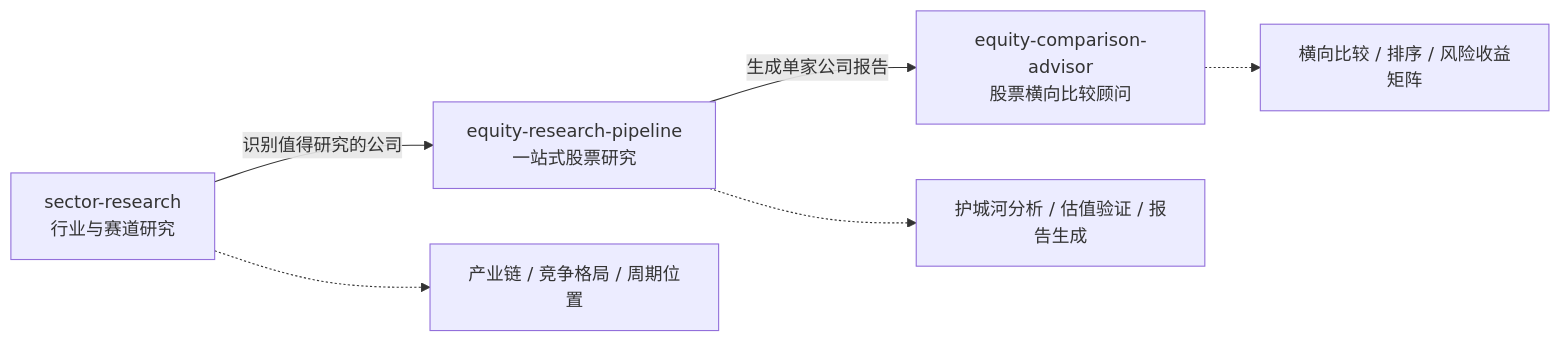
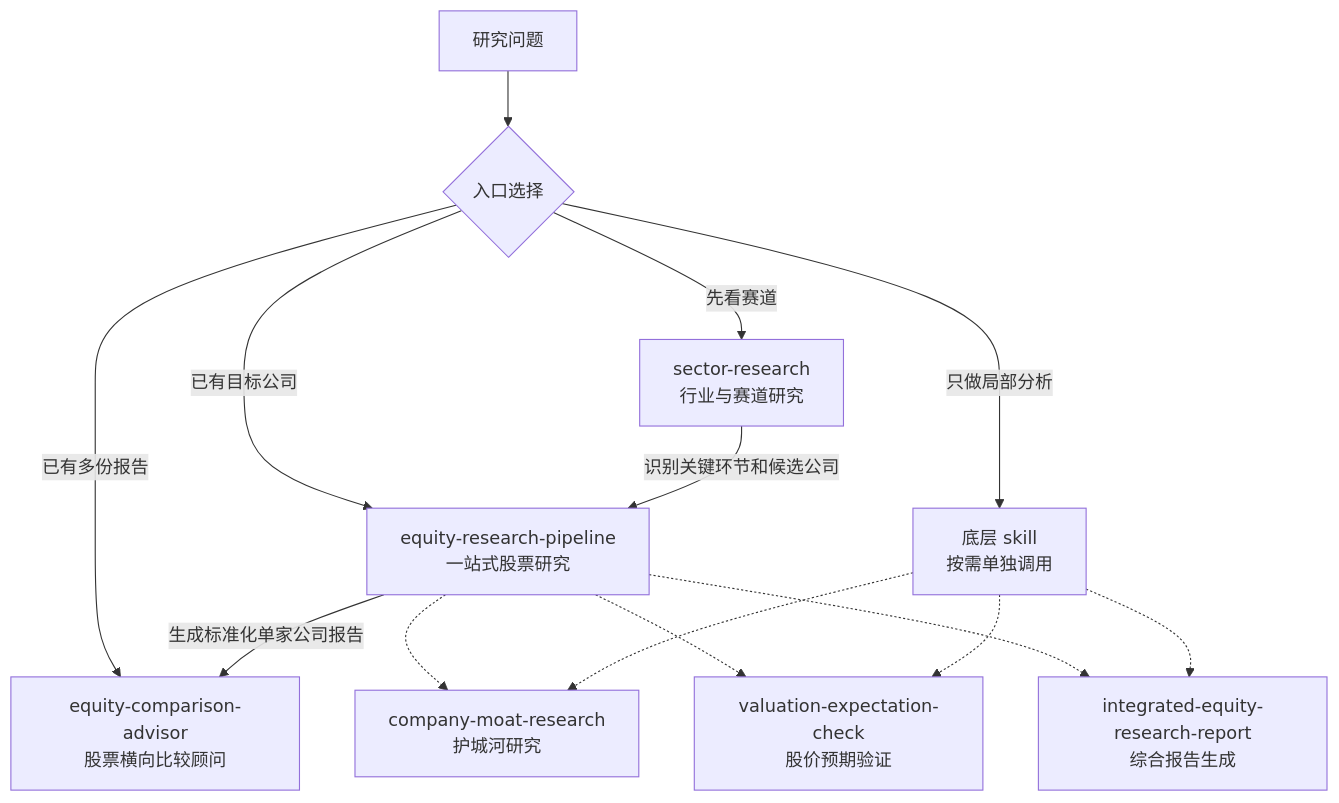
The diagram in README.md (vampire-locker/investment-research-skills), drawn with Mermaid before and after one commit. The commit also changed other lines of this file, not shown here.

Commit message:
docs: refine README workflow

````diff
--- a/README.md
+++ b/README.md
@@ -73,9 +89,20 @@
 ```mermaid
-flowchart LR
-    S["sector-research<br/>行业与赛道研究"] --> |"识别值得研究的公司"| P["equity-research-pipeline<br/>一站式股票研究"]
-    P --> |"生成单家公司报告"| G["equity-comparison-advisor<br/>股票横向比较顾问"]
+flowchart TD
+    Q["研究问题"] --> A{"入口选择"}
 
-    S -.-> I["产业链 / 竞争格局 / 周期位置"]
-    P -.-> D["护城河分析 / 估值验证 / 报告生成"]
-    G -.-> H["横向比较 / 排序 / 风险收益矩阵"]
+    A -->|"先看赛道"| S["sector-research<br/>行业与赛道研究"]
+    A -->|"已有目标公司"| P["equity-research-pipeline<br/>一站式股票研究"]
+    A -->|"已有多份报告"| C["equity-comparison-advisor<br/>股票横向比较顾问"]
+    A -->|"只做局部分析"| L["底层 skill<br/>按需单独调用"]
+
+    S -->|"识别关键环节和候选公司"| P
+    P -->|"生成标准化单家公司报告"| C
+
+    P -.-> M["company-moat-research<br/>护城河研究"]
+    P -.-> V["valuation-expectation-check<br/>股价预期验证"]
+    P -.-> R["integrated-equity-research-report<br/>综合报告生成"]
+
+    L -.-> M
+    L -.-> V
+    L -.-> R
 ```
````
